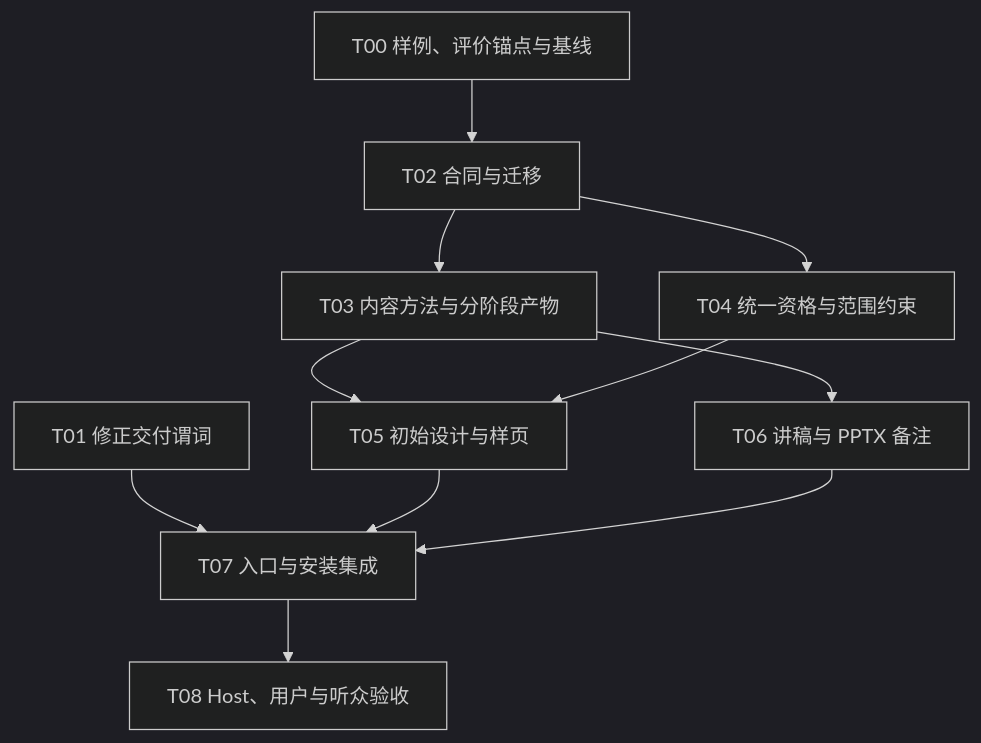
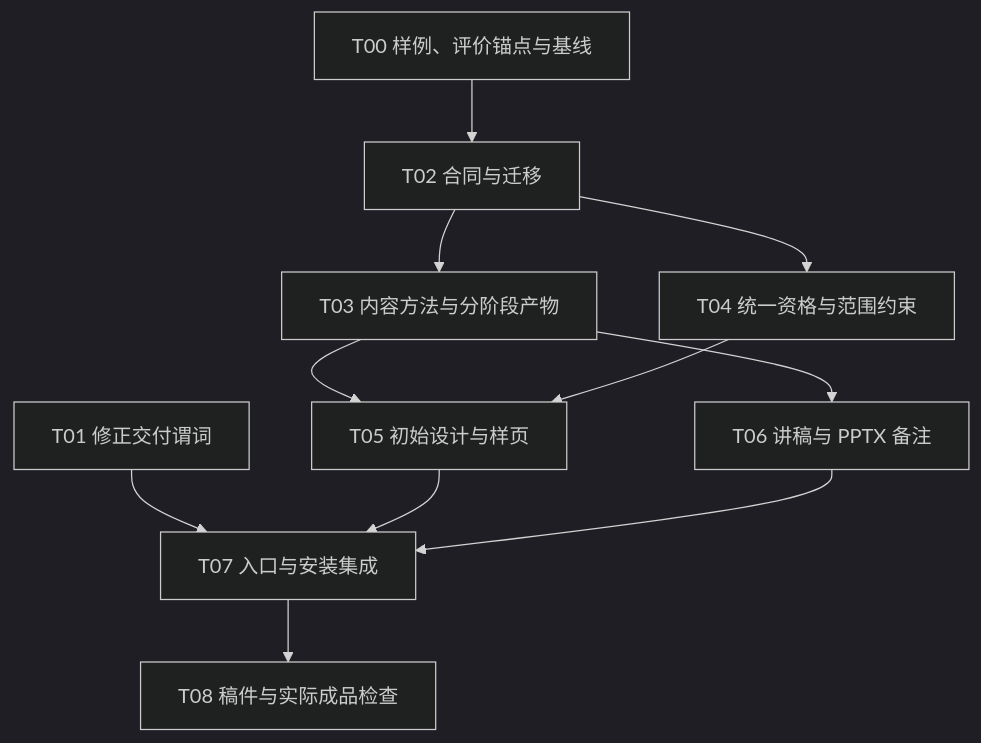
The diagram in docs/specs/deck-master-content-collaboration-v1.2/README.md (MainQuestAI/Deck-Master), drawn with Mermaid (dark theme) before and after one commit. The commit also changed 19 other files, not shown here.

````diff
--- a/docs/specs/deck-master-content-collaboration-v1.2/README.md
+++ b/docs/specs/deck-master-content-collaboration-v1.2/README.md
@@ -72,13 +72,13 @@
 ```mermaid
 flowchart TD
   A["T00 样例、评价锚点与基线"] --> C["T02 合同与迁移"]
   B["T01 修正交付谓词"] --> G["T07 入口与安装集成"]
   C --> D["T03 内容方法与分阶段产物"]
   C --> E["T04 统一资格与范围约束"]
   D --> F["T05 初始设计与样页"]
   E --> F
   D --> N["T06 讲稿与 PPTX 备注"]
   F --> G
   N --> G
-  G --> H["T08 Host、用户与听众验收"]
+  G --> H["T08 稿件与实际成品检查"]
 ```
````
